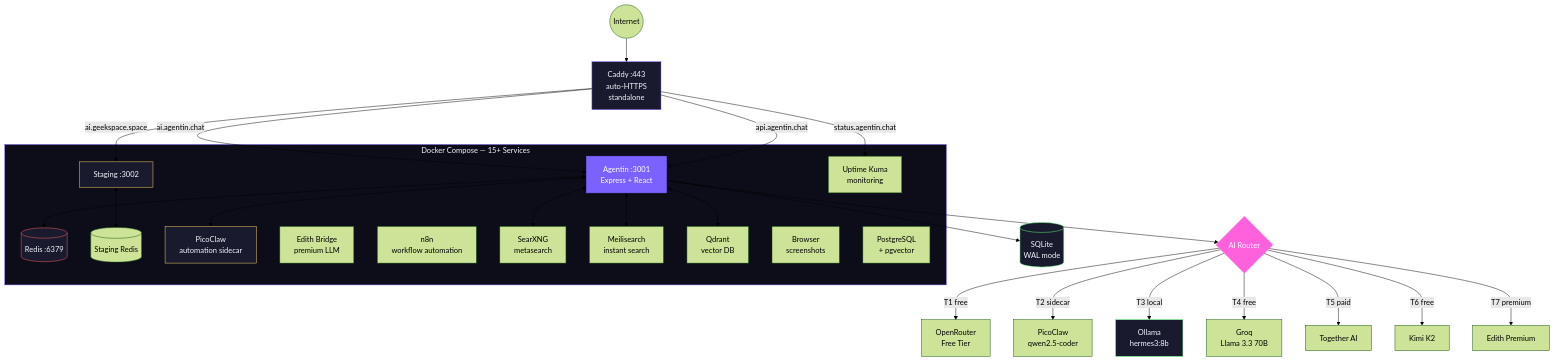
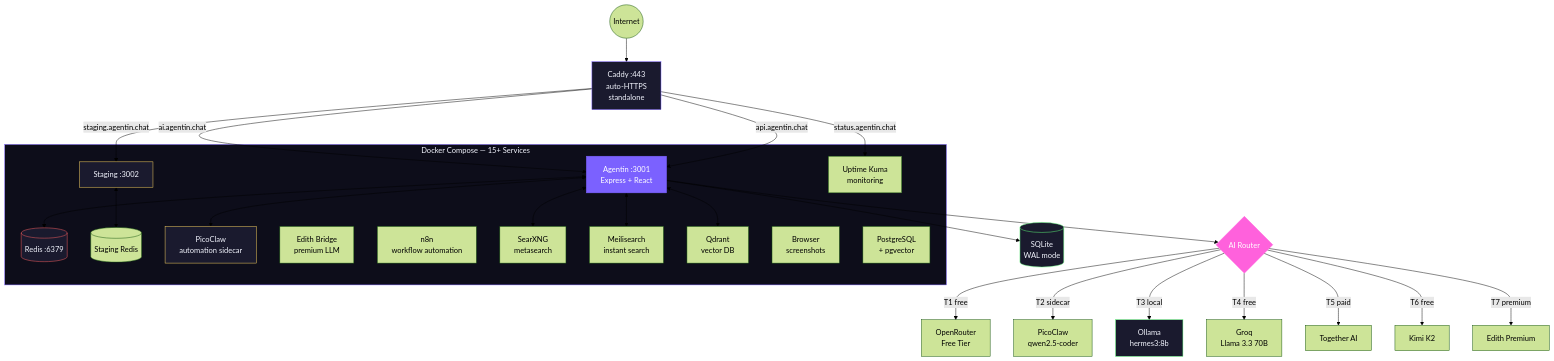
Before and after one commit to trendywink247-afk/GeekSpace2.0: the diagram in README.md, drawn with Mermaid (forest theme). The commit also changed other lines of this file and 22 other files, not shown here.

````diff
--- a/README.md
+++ b/README.md
@@ -173,53 +173,53 @@
 ```mermaid
 graph TB
     Internet((Internet)) --> Caddy[Caddy :443<br/>auto-HTTPS<br/>standalone]
 
     Caddy -->|ai.agentin.chat| App
     Caddy -->|api.agentin.chat| App
-    Caddy -->|ai.geekspace.space| Staging
+    Caddy -->|staging.agentin.chat| Staging
     Caddy -->|status.agentin.chat| UptimeKuma
 
     subgraph Docker["Docker Compose — 15+ Services"]
         App["Agentin :3001<br/>Express + React"]
         Staging["Staging :3002"]
         Redis[(Redis :6379)]
         StagingRedis[(Staging Redis)]
         Pico["PicoClaw<br/>automation sidecar"]
         Edith["Edith Bridge<br/>premium LLM"]
         N8N["n8n<br/>workflow automation"]
         UptimeKuma["Uptime Kuma<br/>monitoring"]
         SearXNG["SearXNG<br/>metasearch"]
         Meili["Meilisearch<br/>instant search"]
         Qdrant["Qdrant<br/>vector DB"]
         Browser["Browser<br/>screenshots"]
         Postgres["PostgreSQL<br/>+ pgvector"]
 
         App <--> Redis
         App <--> Pico
         App <--> SearXNG
         App <--> Meili
         App <--> Qdrant
         Staging <--> StagingRedis
     end
 
     App --> SQLite[(SQLite<br/>WAL mode)]
     App --> Router{"AI Router"}
 
     Router -->|"T1 free"| ORFree["OpenRouter<br/>Free Tier"]
     Router -->|"T2 sidecar"| PicoClaw["PicoClaw<br/>qwen2.5-coder"]
     Router -->|"T3 local"| Ollama["Ollama<br/>hermes3:8b"]
     Router -->|"T4 free"| Groq["Groq<br/>Llama 3.3 70B"]
     Router -->|"T5 paid"| Together["Together AI"]
     Router -->|"T6 free"| Kimi["Kimi K2"]
     Router -->|"T7 premium"| EdithLLM["Edith Premium"]
 
     style App fill:#7B61FF,stroke:#7B61FF,color:#fff
     style Router fill:#FF61DC,stroke:#FF61DC,color:#fff
     style Caddy fill:#1A1A2E,stroke:#7B61FF,color:#F4F6FF
     style Docker fill:#0D0D1A,stroke:#7B61FF,color:#F4F6FF
     style SQLite fill:#1A1A2E,stroke:#61FF7B,color:#F4F6FF
     style Redis fill:#1A1A2E,stroke:#FF6161,color:#F4F6FF
     style Pico fill:#1A1A2E,stroke:#FFD761,color:#F4F6FF
     style Ollama fill:#1A1A2E,stroke:#61FF7B,color:#F4F6FF
     style Staging fill:#1A1A2E,stroke:#FFD761,color:#F4F6FF
 ```
````
